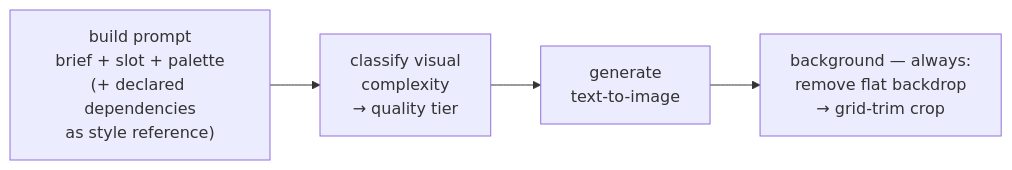
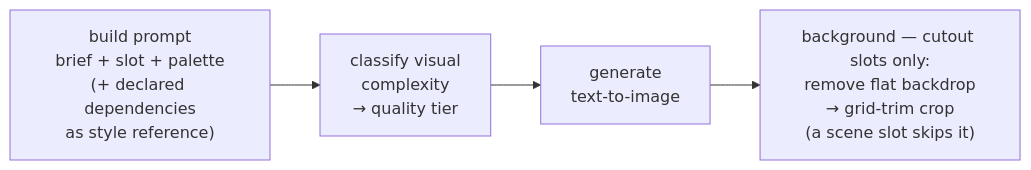
One commit to jesse51002/Recompose changed the sixth of 8 diagrams in README.md. Above: the diagram before and after it, drawn with Mermaid. The commit also changed other lines of this file and 3 other files, not shown here.

````diff
--- a/README.md
+++ b/README.md
@@ -200,8 +200,8 @@
 ```mermaid
 flowchart LR
   P["build prompt<br/>brief + slot + palette<br/>(+ declared dependencies<br/>as style reference)"]
   C["classify visual<br/>complexity<br/>→ quality tier"]
   G["generate<br/>text-to-image"]
-  B["background — always:<br/>remove flat backdrop<br/>→ grid-trim crop"]
+  B["background — cutout slots only:<br/>remove flat backdrop<br/>→ grid-trim crop<br/>(a scene slot skips it)"]
   P --> C --> G --> B
 ```
````
